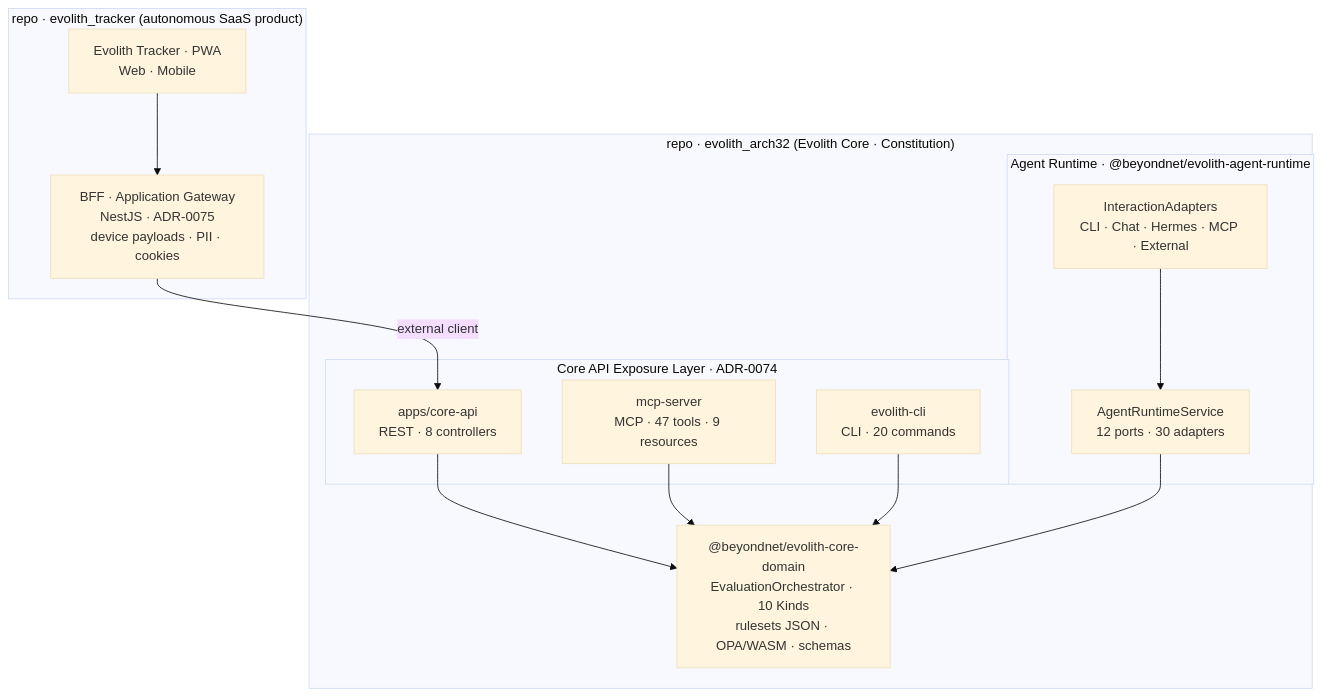
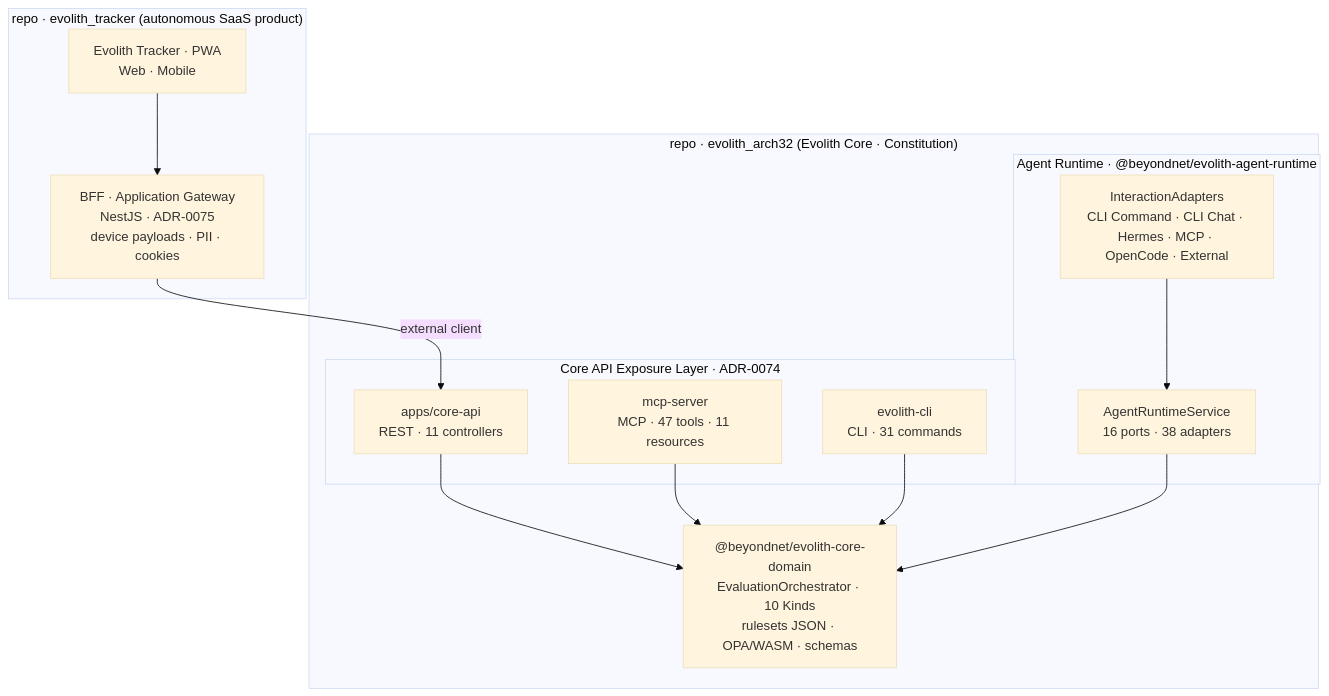
Before and after one commit to beyondnetcode/evolith_arch32: the diagram in product/suite/vision/evolith-product-vision-master.md, drawn with Mermaid (base theme). The commit also changed other lines of this file and 8 other files, not shown here.

````diff
--- a/product/suite/vision/evolith-product-vision-master.md
+++ b/product/suite/vision/evolith-product-vision-master.md
@@ -157,24 +157,24 @@
 ```mermaid
 flowchart TB
   subgraph TRK["repo · evolith_tracker (autonomous SaaS product)"]
     PWA["Evolith Tracker · PWA<br/>Web · Mobile"] --> BFF["BFF · Application Gateway<br/>NestJS · ADR-0075<br/>device payloads · PII · cookies"]
   end
   subgraph CORE["repo · evolith_arch32 (Evolith Core · Constitution)"]
     subgraph EXP["Core API Exposure Layer · ADR-0074"]
-      API["apps/core-api<br/>REST · 8 controllers"]
-      MCP["mcp-server<br/>MCP · 47 tools · 9 resources"]
-      CLI["evolith-cli<br/>CLI · 20 commands"]
+      API["apps/core-api<br/>REST · 11 controllers"]
+      MCP["mcp-server<br/>MCP · 47 tools · 11 resources"]
+      CLI["evolith-cli<br/>CLI · 31 commands"]
     end
     subgraph RT["Agent Runtime · @beyondnet/evolith-agent-runtime"]
-      ARS["AgentRuntimeService<br/>12 ports · 30 adapters"]
-      IA["InteractionAdapters<br/>CLI · Chat · Hermes · MCP · External"]
+      ARS["AgentRuntimeService<br/>16 ports · 38 adapters"]
+      IA["InteractionAdapters<br/>CLI Command · CLI Chat · Hermes · MCP · OpenCode · External"]
     end
     DOM["@beyondnet/evolith-core-domain<br/>EvaluationOrchestrator · 10 Kinds<br/>rulesets JSON · OPA/WASM · schemas"]
     API --> DOM
     MCP --> DOM
     CLI --> DOM
     ARS --> DOM
     IA --> ARS
   end
   BFF -->|external client| API
 ```
````
